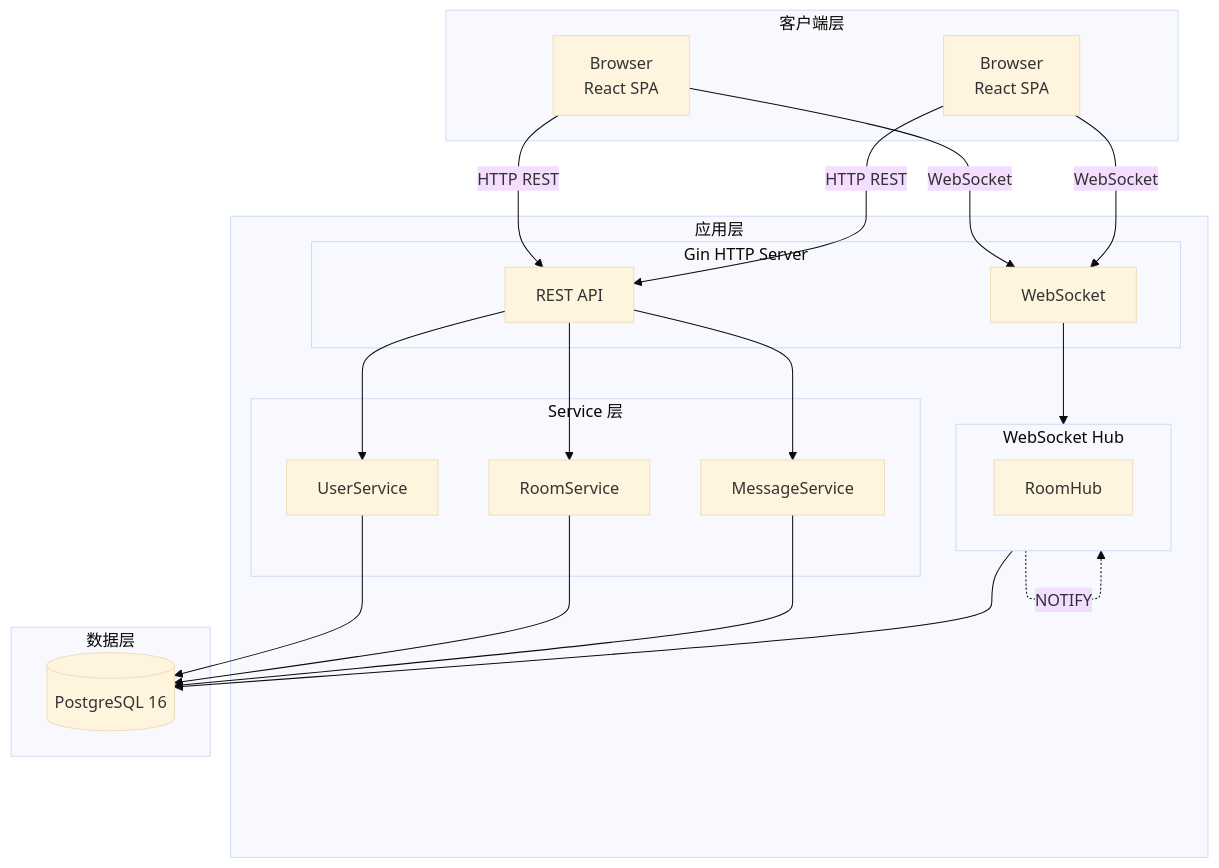
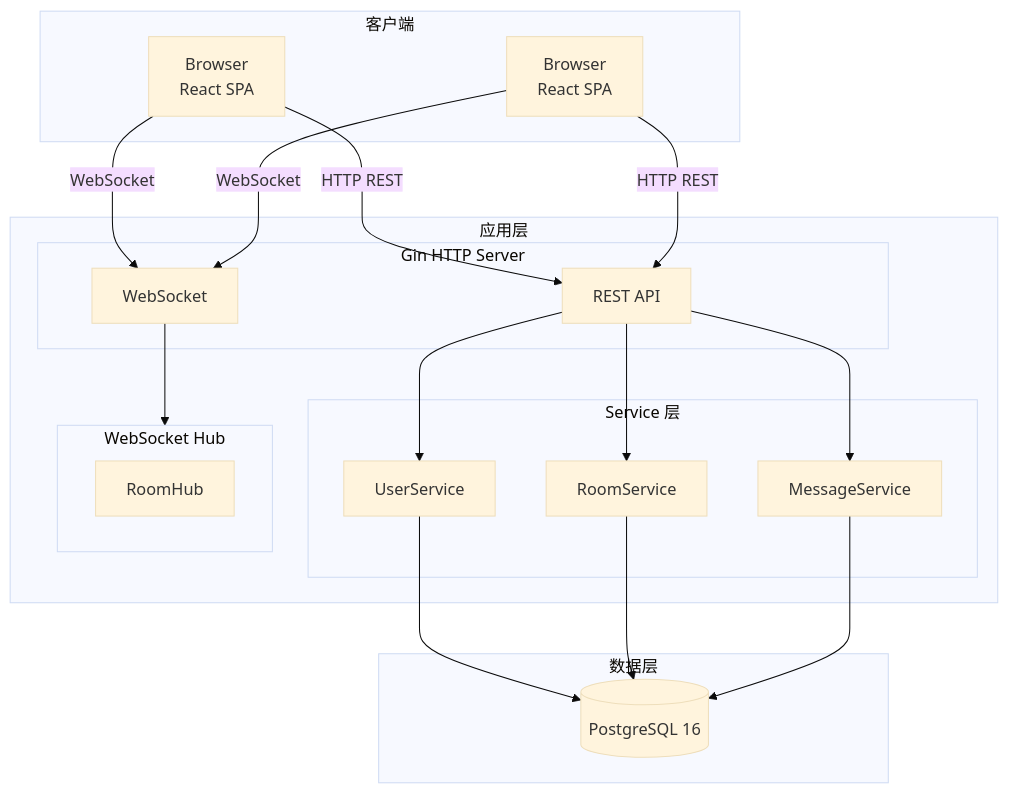
One commit to build-workbench/chatroom changed the diagram in docs/index.md. Above: the diagram before and after it, drawn with Mermaid (base theme). The commit also changed other lines of this file and 25 other files, not shown here.

````diff
--- a/docs/index.md
+++ b/docs/index.md
@@ -63,34 +42,32 @@
 ```mermaid
 flowchart TB
-    subgraph Client["客户端层"]
+    subgraph Client["客户端"]
         B1[Browser<br/>React SPA]
         B2[Browser<br/>React SPA]
     end
 
     subgraph App["应用层"]
         subgraph Gin["Gin HTTP Server"]
             REST[REST API]
             WS[WebSocket]
         end
         subgraph Services["Service 层"]
             UserService[UserService]
             RoomService[RoomService]
             MsgService[MessageService]
         end
         subgraph WSHub["WebSocket Hub"]
             RoomHub[RoomHub]
         end
     end
 
     subgraph Data["数据层"]
         PG[(PostgreSQL 16)]
     end
 
     B1 & B2 -->|HTTP REST| REST
     B1 & B2 -->|WebSocket| WS
     REST --> UserService & RoomService & MsgService
     WS --> WSHub
     UserService & RoomService & MsgService --> PG
-    WSHub --> PG
-    WSHub -.->|NOTIFY| WSHub
 ```
````
